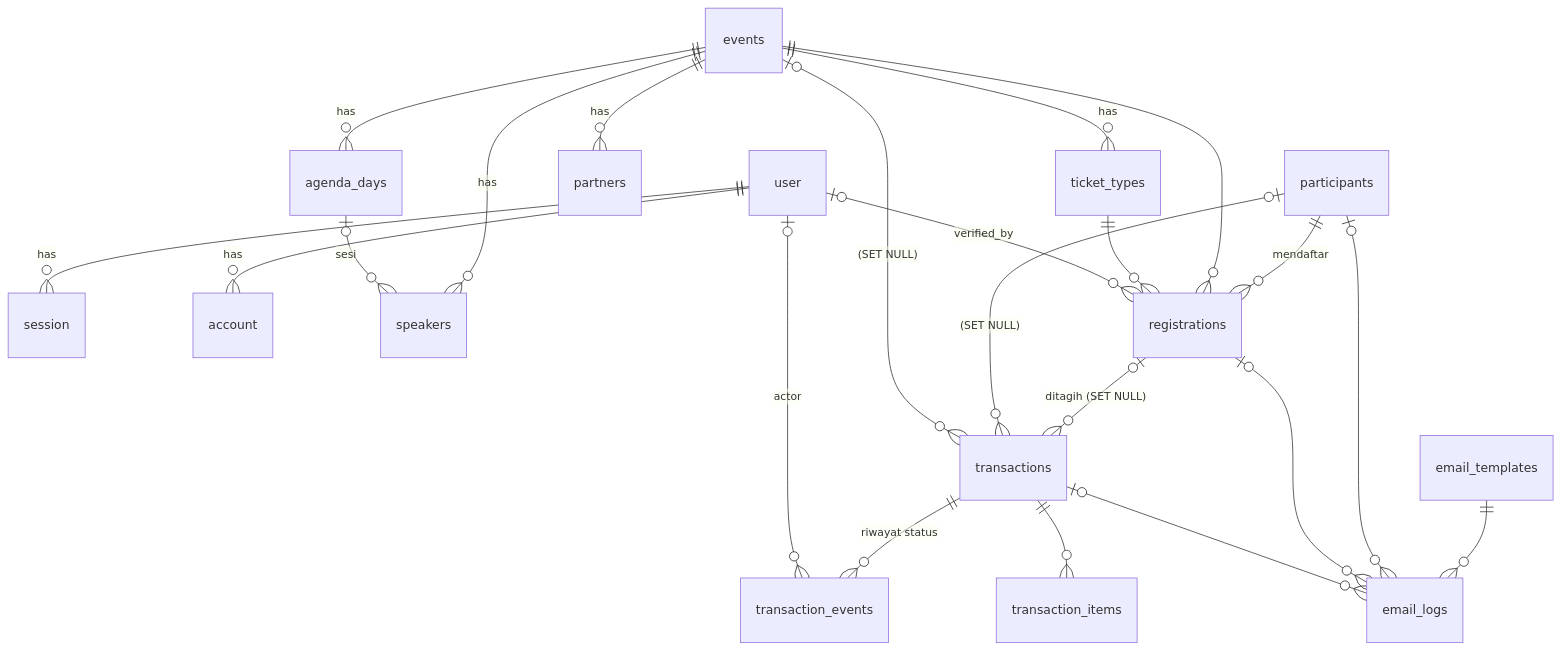
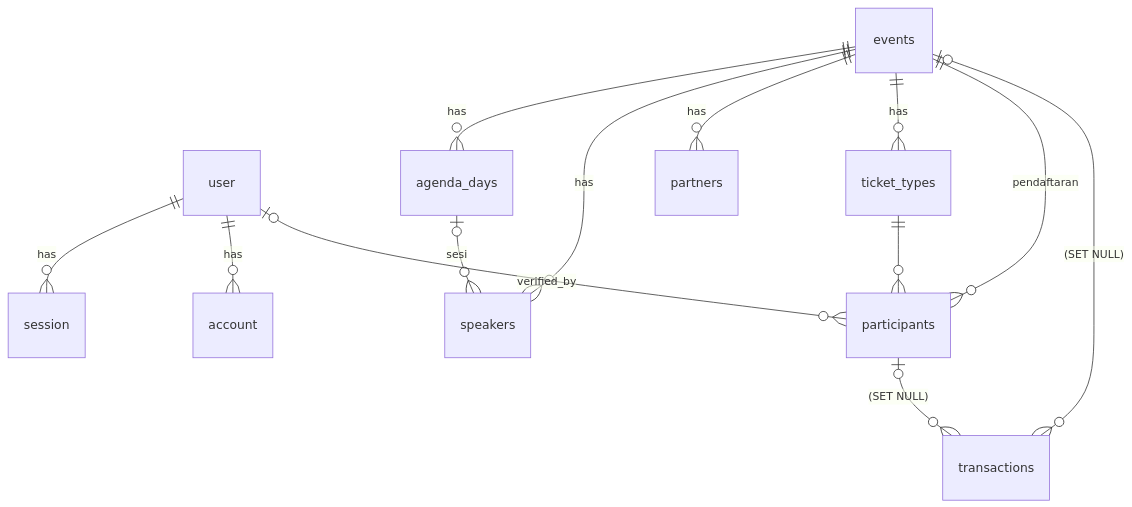
One commit to jumat-kliwon/apacforum changed the diagram in docs/01-database-plan.md. Above: the diagram before and after it, drawn with Mermaid. The commit also changed other lines of this file, not shown here.

First line of the commit message:
docs: simplify plan - static emails, single participants table, json transaction details

````diff
--- a/docs/01-database-plan.md
+++ b/docs/01-database-plan.md
@@ -34,28 +36,18 @@
 ```mermaid
 erDiagram
   user ||--o{ session : has
   user ||--o{ account : has
 
   events ||--o{ agenda_days : has
   events ||--o{ speakers : has
   events ||--o{ partners : has
   events ||--o{ ticket_types : has
   agenda_days |o--o{ speakers : "sesi"
 
-  participants ||--o{ registrations : "mendaftar"
-  events ||--o{ registrations : ""
-  ticket_types ||--o{ registrations : ""
+  events ||--o{ participants : "pendaftaran"
+  ticket_types ||--o{ participants : ""
+  user |o--o{ participants : "verified_by"
 
-  registrations |o--o{ transactions : "ditagih (SET NULL)"
   participants |o--o{ transactions : "(SET NULL)"
   events |o--o{ transactions : "(SET NULL)"
-  transactions ||--o{ transaction_items : ""
-  transactions ||--o{ transaction_events : "riwayat status"
-
-  email_templates ||--o{ email_logs : ""
-  participants |o--o{ email_logs : ""
-  registrations |o--o{ email_logs : ""
-  transactions |o--o{ email_logs : ""
-  user |o--o{ transaction_events : "actor"
-  user |o--o{ registrations : "verified_by"
 ```
````
